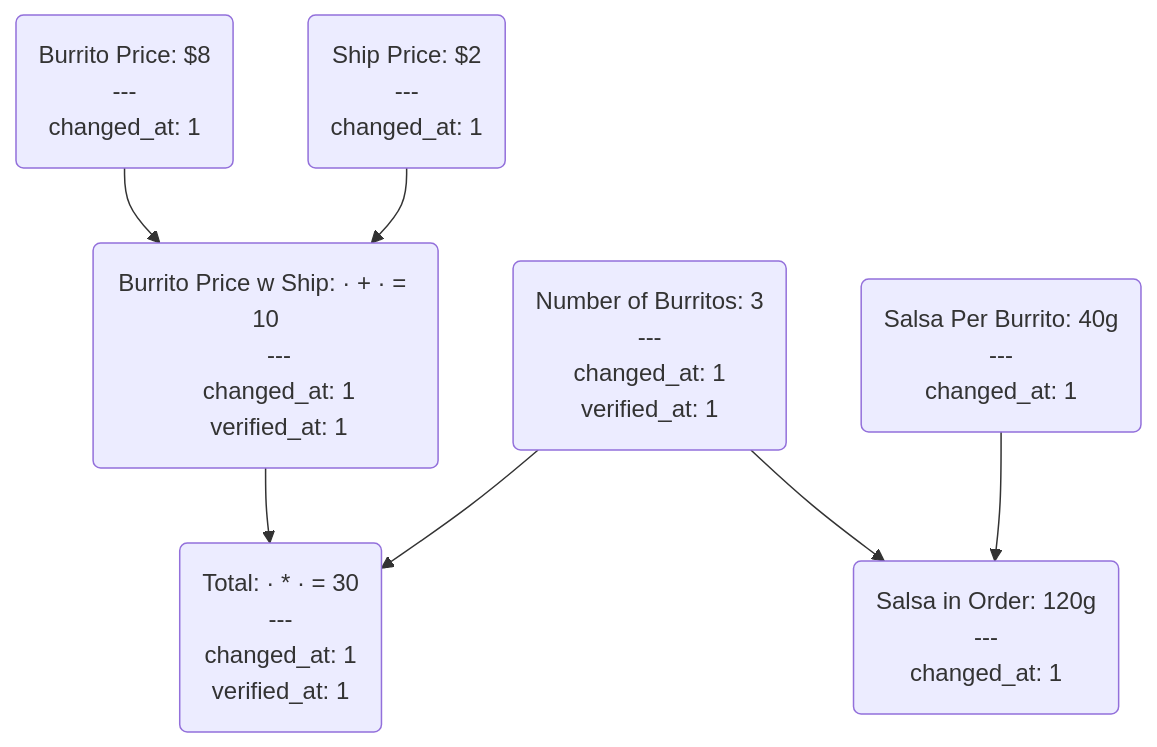
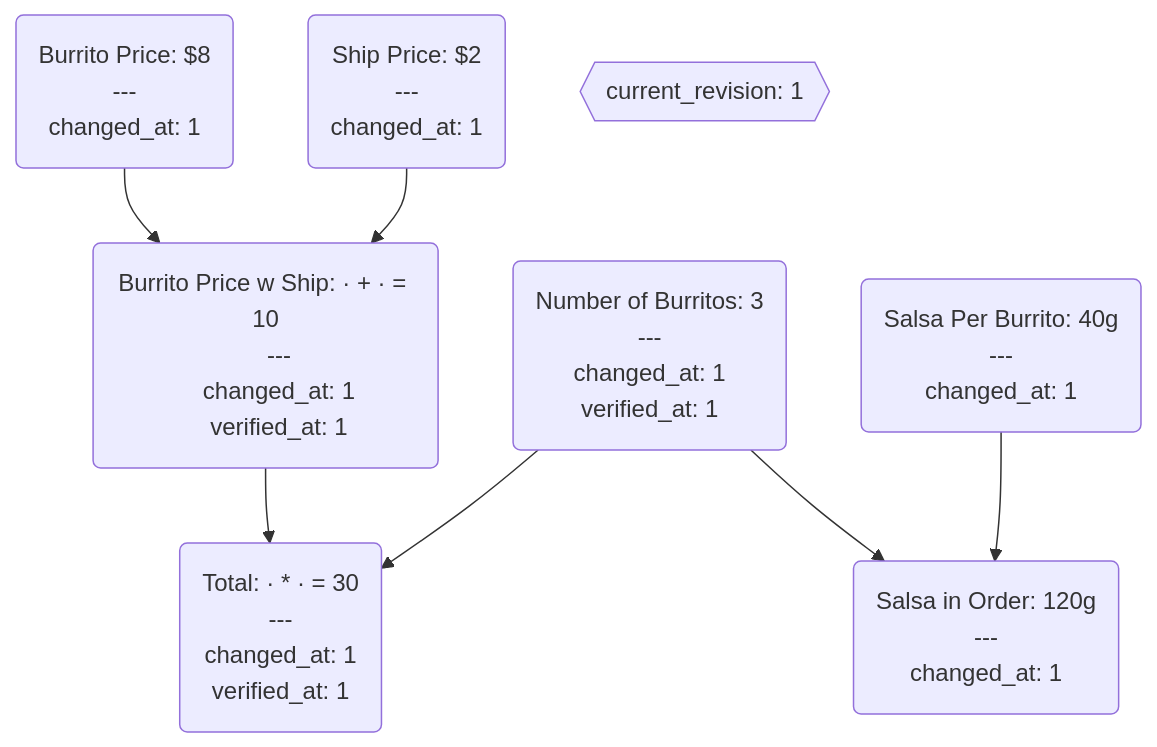
The fourth of 5 diagrams in drafts/salsa.md (xffxff/xffxff.github.io), drawn with Mermaid before and after one commit. The commit also changed other lines of this file, not shown here.

````diff
--- a/drafts/salsa.md
+++ b/drafts/salsa.md
@@ -78,44 +78,47 @@
 ```mermaid
 graph TD;
+
     bp("Burrito Price: $8 
     ---
     changed_at: 1")
 
     bpws("Burrito Price w Ship: · + · = 10
     ---
     changed_at: 1
     verified_at: 1
     ");
 
     bp-->bpws
 
     sp("Ship Price: $2
     ---
     changed_at: 1");
 
     sp-->bpws;
 
     nb("Number of Burritos: 3
     ---
     changed_at: 1
     verified_at: 1
     ")-->total;
 
     bpws-->total;
 
     total("Total: · * · = 30
     ---
     changed_at: 1
     verified_at: 1
     ");
 
     spb("Salsa Per Burrito: 40g
     ---
     changed_at: 1") --> salsa;
 
     nb-->salsa;
 
     salsa("Salsa in Order: 120g
     ---
     changed_at: 1");
+
+    current_revision{{current_revision: 1}};
 ```
````
